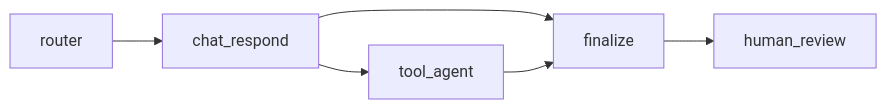
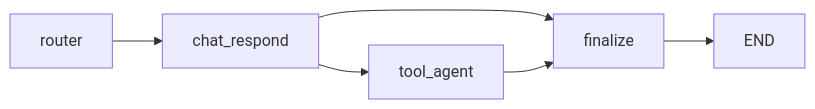
The fourth of 4 diagrams in docs/superpowers/specs/2026-04-06-agent-chat-first-runtime-design.md (MaplumeX/Weaver), drawn with Mermaid before and after one commit. The commit also changed other lines of this file and 20 other files, not shown here.

Commit message:
refactor(runtime): remove human review node

````diff
--- a/docs/superpowers/specs/2026-04-06-agent-chat-first-runtime-design.md
+++ b/docs/superpowers/specs/2026-04-06-agent-chat-first-runtime-design.md
@@ -397,8 +399,8 @@
 ```mermaid
 flowchart LR
     router --> chat_respond
     chat_respond --> finalize
     chat_respond --> tool_agent
     tool_agent --> finalize
-    finalize --> human_review
+    finalize --> END
 ```
````
